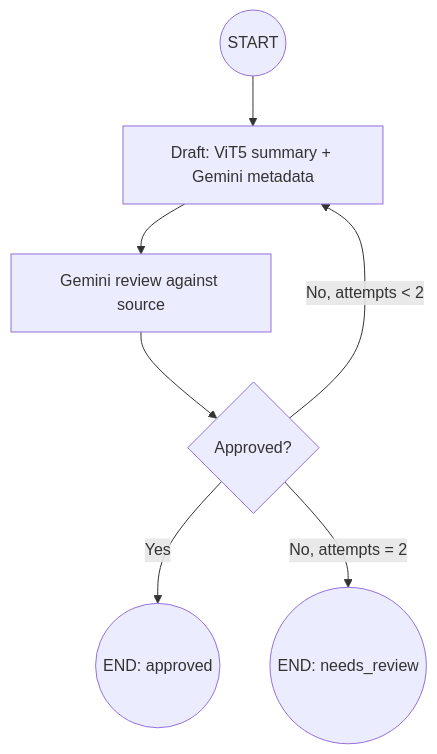
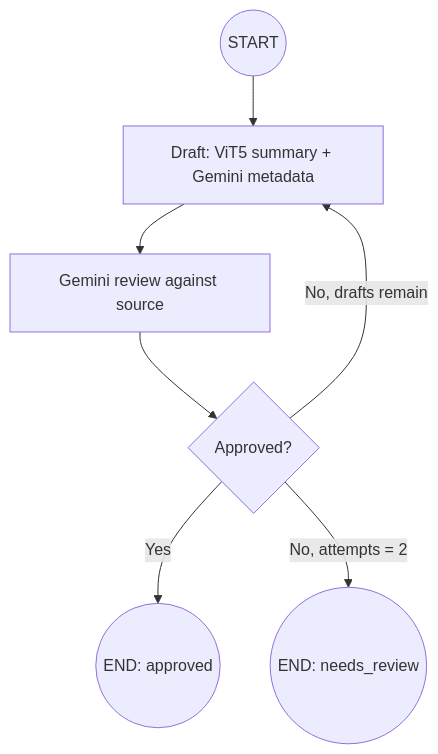
Before and after one commit to youngazier/vietnamese-news-summarization: the diagram in docs/specs/summarization.md, drawn with Mermaid. The commit also changed 3 other files, not shown here.

````diff
--- a/docs/specs/summarization.md
+++ b/docs/specs/summarization.md
@@ -9,9 +9,9 @@
 ```mermaid
 flowchart TD
     START((START)) --> Draft[Draft: ViT5 summary + Gemini metadata]
     Draft --> Review[Gemini review against source]
     Review --> Gate{Approved?}
     Gate -->|Yes| Accepted((END: approved))
-    Gate -->|No, attempts < 2| Draft
+    Gate -->|No, drafts remain| Draft
     Gate -->|No, attempts = 2| Rejected((END: needs_review))
 ```
````
